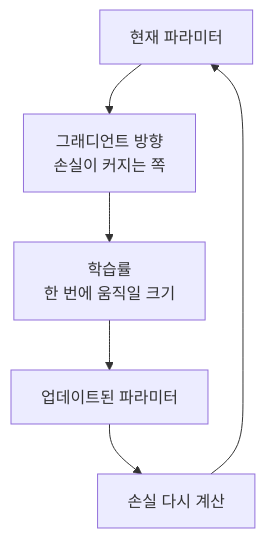
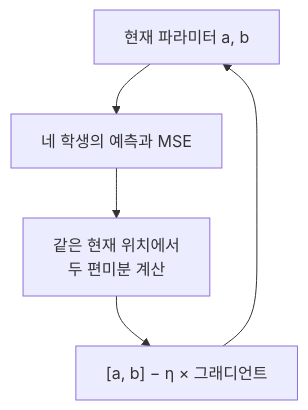
One commit to devchan64/AiBook changed the diagram in docs/assets/part-02/chapter-06/gradient-descent-loop-flow-ko.mmd. Above: the diagram before and after it, drawn with Mermaid. The commit also changed 14 other files, not shown here.

```diff
--- a/docs/assets/part-02/chapter-06/gradient-descent-loop-flow-ko.mmd
+++ b/docs/assets/part-02/chapter-06/gradient-descent-loop-flow-ko.mmd
@@ -1,12 +1,6 @@
 flowchart TD
-  A["현재 파라미터"]
-  B["그래디언트 방향<br/>손실이 커지는 쪽"]
-  C["학습률<br/>한 번에 움직일 크기"]
-  D["업데이트된 파라미터"]
-  E["손실 다시 계산"]
-
-  A --> B
-  B --> C
-  C --> D
-  D --> E
-  E --> A
+  P["현재 파라미터 a, b"]
+  L["네 학생의 예측과 MSE"]
+  G["같은 현재 위치에서<br/>두 편미분 계산"]
+  U["[a, b] − η × 그래디언트"]
+  P --> L --> G --> U --> P
```
